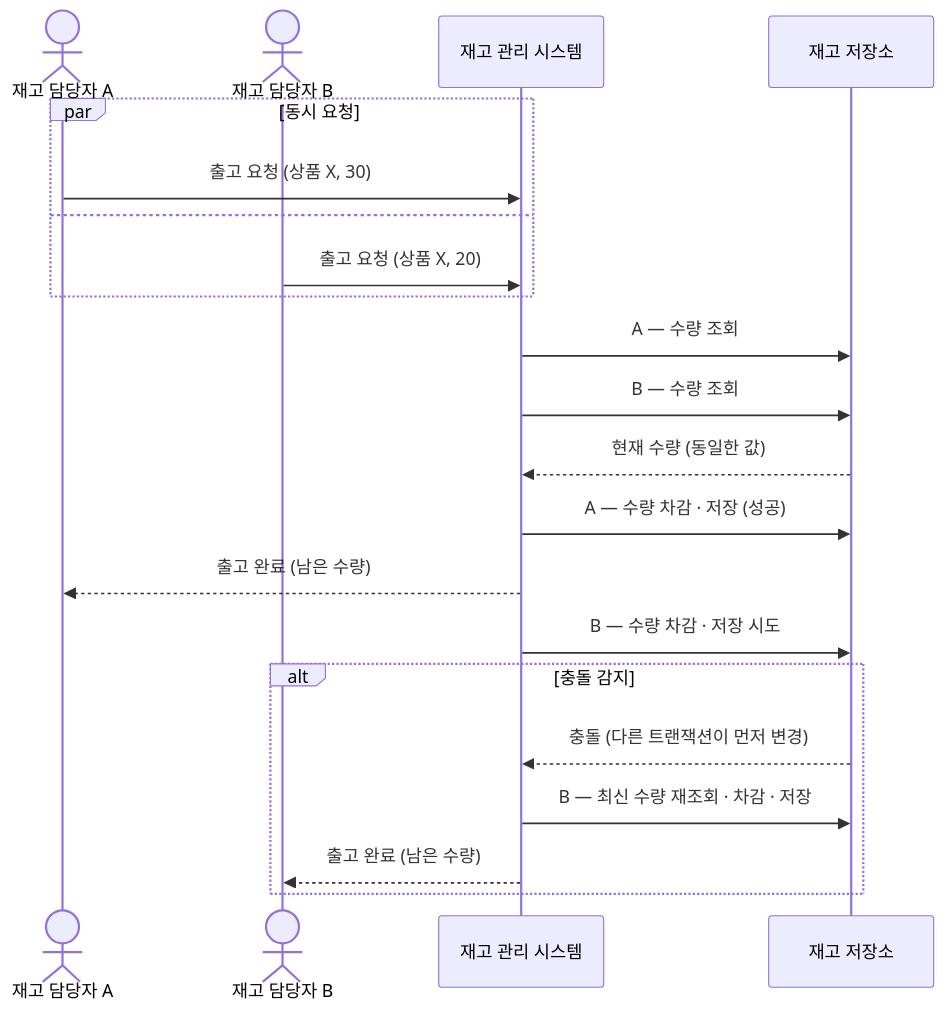
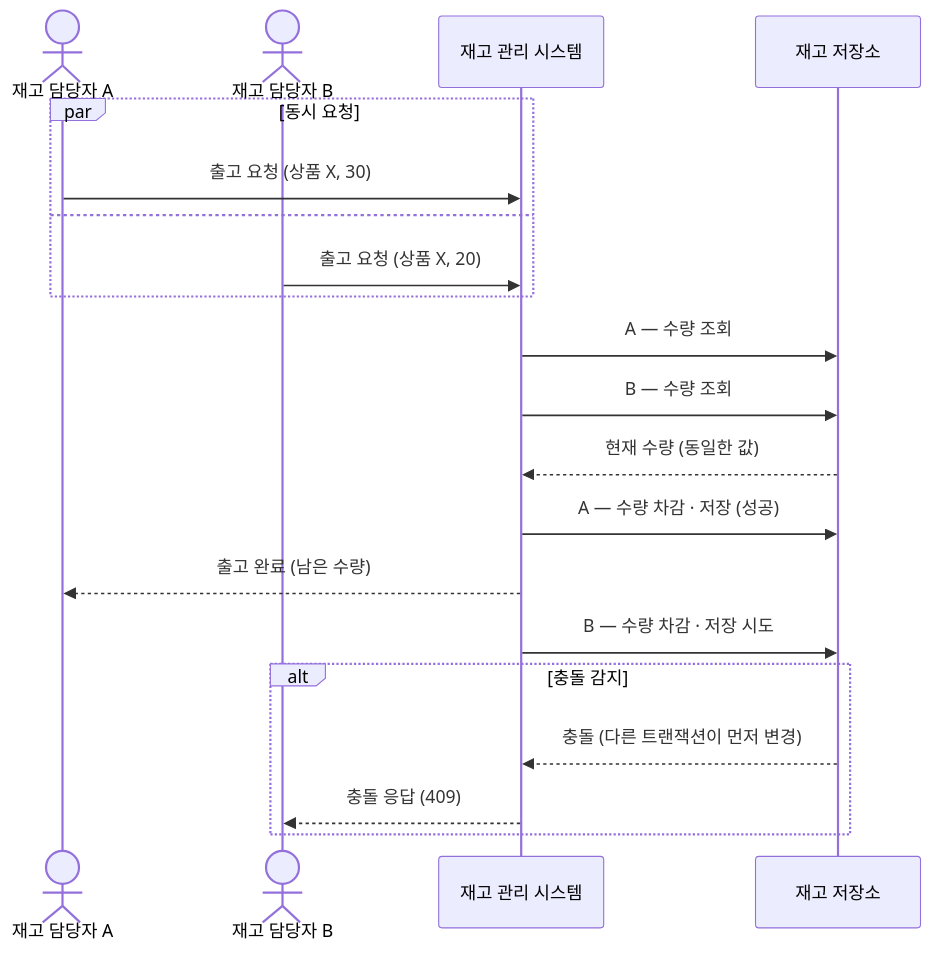
Before and after one commit to JuJin1324/assignment-inventory-management: the third of 3 diagrams in docs/modeling/scenarios.md, drawn with Mermaid. The commit also changed other lines of this file, not shown here.

````diff
--- a/docs/modeling/scenarios.md
+++ b/docs/modeling/scenarios.md
@@ -72,27 +72,26 @@
 ```mermaid
 sequenceDiagram
     actor StaffA as 재고 담당자 A
     actor StaffB as 재고 담당자 B
     participant System as 재고 관리 시스템
     participant Store as 재고 저장소
 
     par 동시 요청
         StaffA->>System: 출고 요청 (상품 X, 30)
     and
         StaffB->>System: 출고 요청 (상품 X, 20)
     end
 
     System->>Store: A — 수량 조회
     System->>Store: B — 수량 조회
     Store-->>System: 현재 수량 (동일한 값)
 
     System->>Store: A — 수량 차감 · 저장 (성공)
     System-->>StaffA: 출고 완료 (남은 수량)
 
     System->>Store: B — 수량 차감 · 저장 시도
     alt 충돌 감지
         Store-->>System: 충돌 (다른 트랜잭션이 먼저 변경)
-        System->>Store: B — 최신 수량 재조회 · 차감 · 저장
-        System-->>StaffB: 출고 완료 (남은 수량)
+        System-->>StaffB: 충돌 응답 (409)
     end
 ```
````
